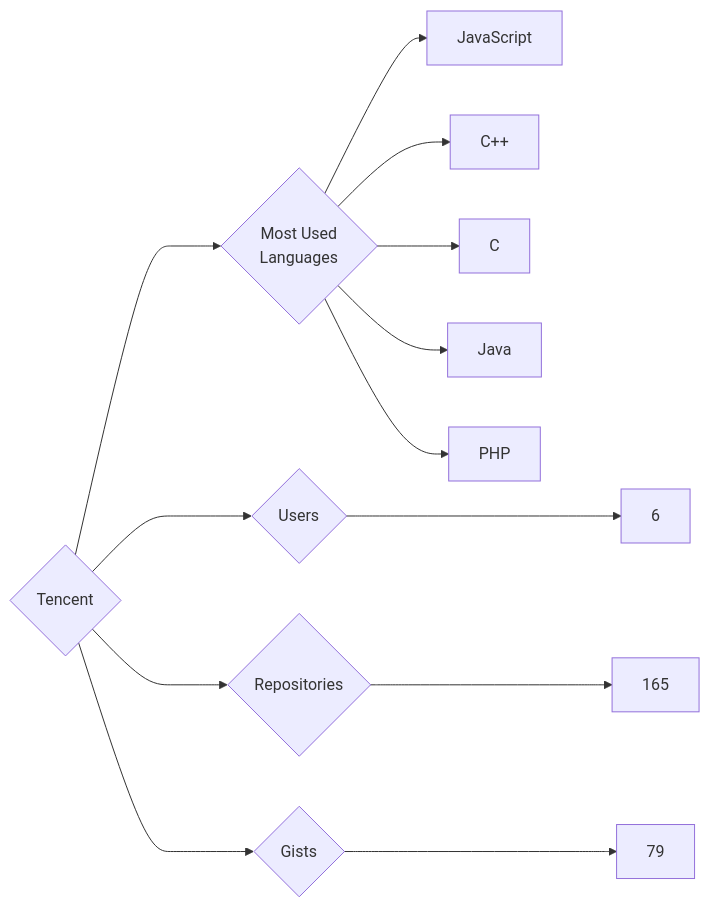
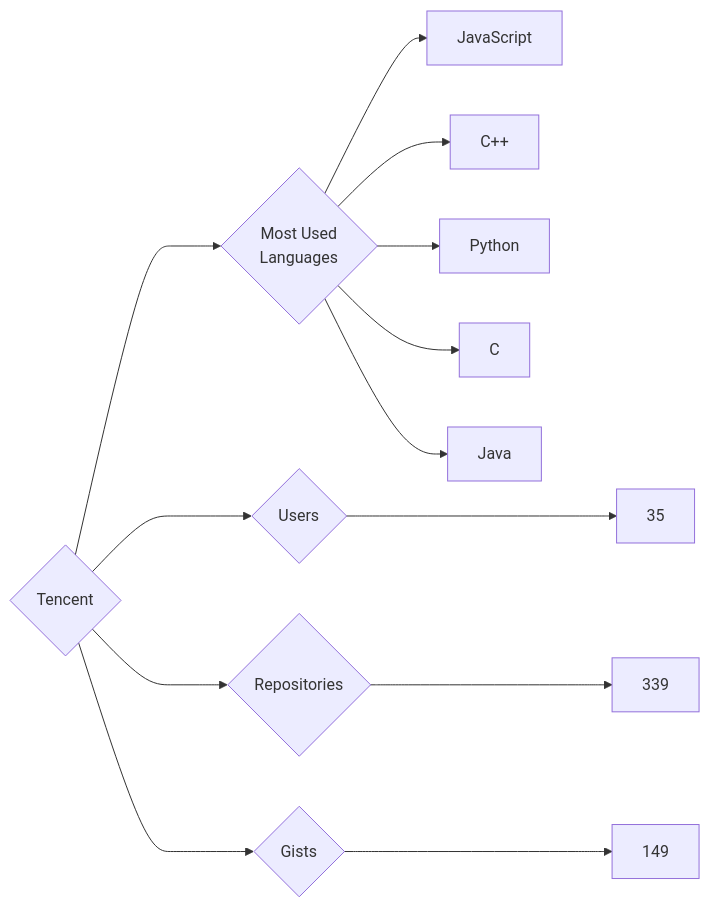
Before and after one commit to trickest/insiders: the diagram in targets/Tencent/README.md, drawn with Mermaid. The commit also changed 928 other files, not shown here.

````diff
--- a/targets/Tencent/README.md
+++ b/targets/Tencent/README.md
@@ -3,13 +3,13 @@
 ```mermaid
 graph LR
 COMPANY_NAME{Tencent}
-COMPANY_NAME ---> U{Users} ---> UN[6]
-COMPANY_NAME ---> R{Repositories} ---> RN[165]
-COMPANY_NAME ---> G{Gists} ---> GN[79]
+COMPANY_NAME ---> U{Users} ---> UN[35]
+COMPANY_NAME ---> R{Repositories} ---> RN[339]
+COMPANY_NAME ---> G{Gists} ---> GN[149]
 COMPANY_NAME ---> ML{Most Used<br>Languages}
 ML --> JavaScript[JavaScript]
 ML --> C++[C++]
+ML --> Python[Python]
 ML --> C[C]
 ML --> Java[Java]
-ML --> PHP[PHP]
 ```
````
